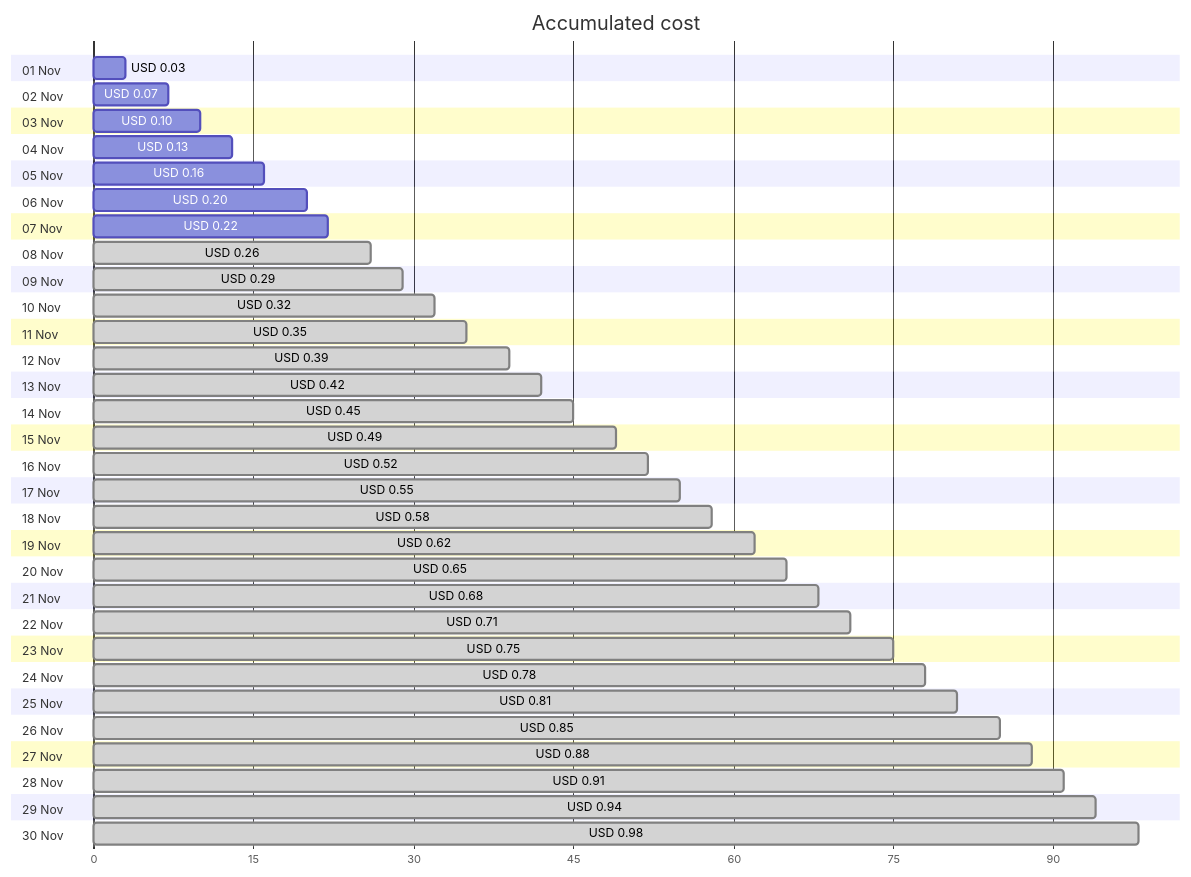
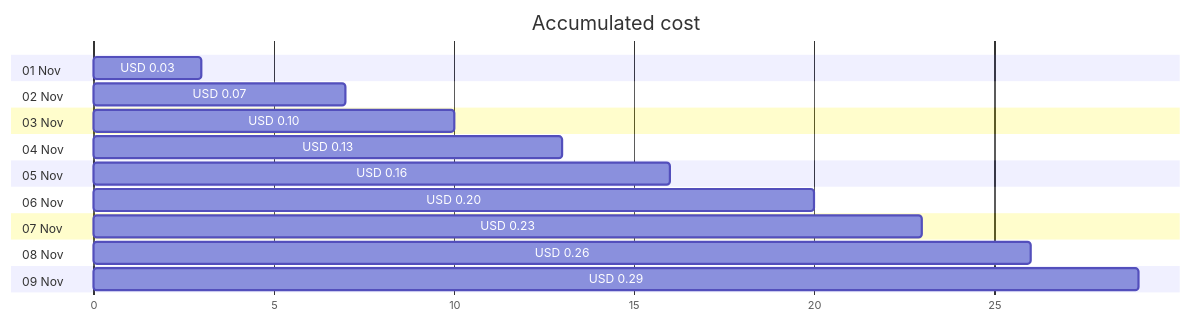
Before and after one commit to jpfulton/azure-personal-reports: the first of 4 diagrams in cost-reports/personal-dns/README.md, drawn with Mermaid. The commit also changed other lines of this file and 2 other files, not shown here.

Commit message:
Generated reports [skip ci]

````diff
--- a/cost-reports/personal-dns/README.md
+++ b/cost-reports/personal-dns/README.md
@@ -20,66 +20,24 @@
 ```mermaid
 gantt
    title Accumulated cost
    dateFormat  X
    axisFormat %s
    section 01 Nov
    USD 0.03 :0, 3
    section 02 Nov
    USD 0.07 :0, 7
    section 03 Nov
    USD 0.10 :0, 10
    section 04 Nov
    USD 0.13 :0, 13
    section 05 Nov
    USD 0.16 :0, 16
    section 06 Nov
    USD 0.20 :0, 20
    section 07 Nov
-   USD 0.22 :0, 22
+   USD 0.23 :0, 23
    section 08 Nov
-   USD 0.26 : done, 0, 26
+   USD 0.26 :0, 26
    section 09 Nov
-   USD 0.29 : done, 0, 29
-   section 10 Nov
-   USD 0.32 : done, 0, 32
-   section 11 Nov
-   USD 0.35 : done, 0, 35
-   section 12 Nov
-   USD 0.39 : done, 0, 39
-   section 13 Nov
-   USD 0.42 : done, 0, 42
-   section 14 Nov
-   USD 0.45 : done, 0, 45
-   section 15 Nov
-   USD 0.49 : done, 0, 49
-   section 16 Nov
-   USD 0.52 : done, 0, 52
-   section 17 Nov
-   USD 0.55 : done, 0, 55
-   section 18 Nov
-   USD 0.58 : done, 0, 58
-   section 19 Nov
-   USD 0.62 : done, 0, 62
-   section 20 Nov
-   USD 0.65 : done, 0, 65
-   section 21 Nov
-   USD 0.68 : done, 0, 68
-   section 22 Nov
-   USD 0.71 : done, 0, 71
-   section 23 Nov
-   USD 0.75 : done, 0, 75
-   section 24 Nov
-   USD 0.78 : done, 0, 78
-   section 25 Nov
-   USD 0.81 : done, 0, 81
-   section 26 Nov
-   USD 0.85 : done, 0, 85
-   section 27 Nov
-   USD 0.88 : done, 0, 88
-   section 28 Nov
-   USD 0.91 : done, 0, 91
-   section 29 Nov
-   USD 0.94 : done, 0, 94
-   section 30 Nov
-   USD 0.98 : done, 0, 98
+   USD 0.29 :0, 29
 ```
````
